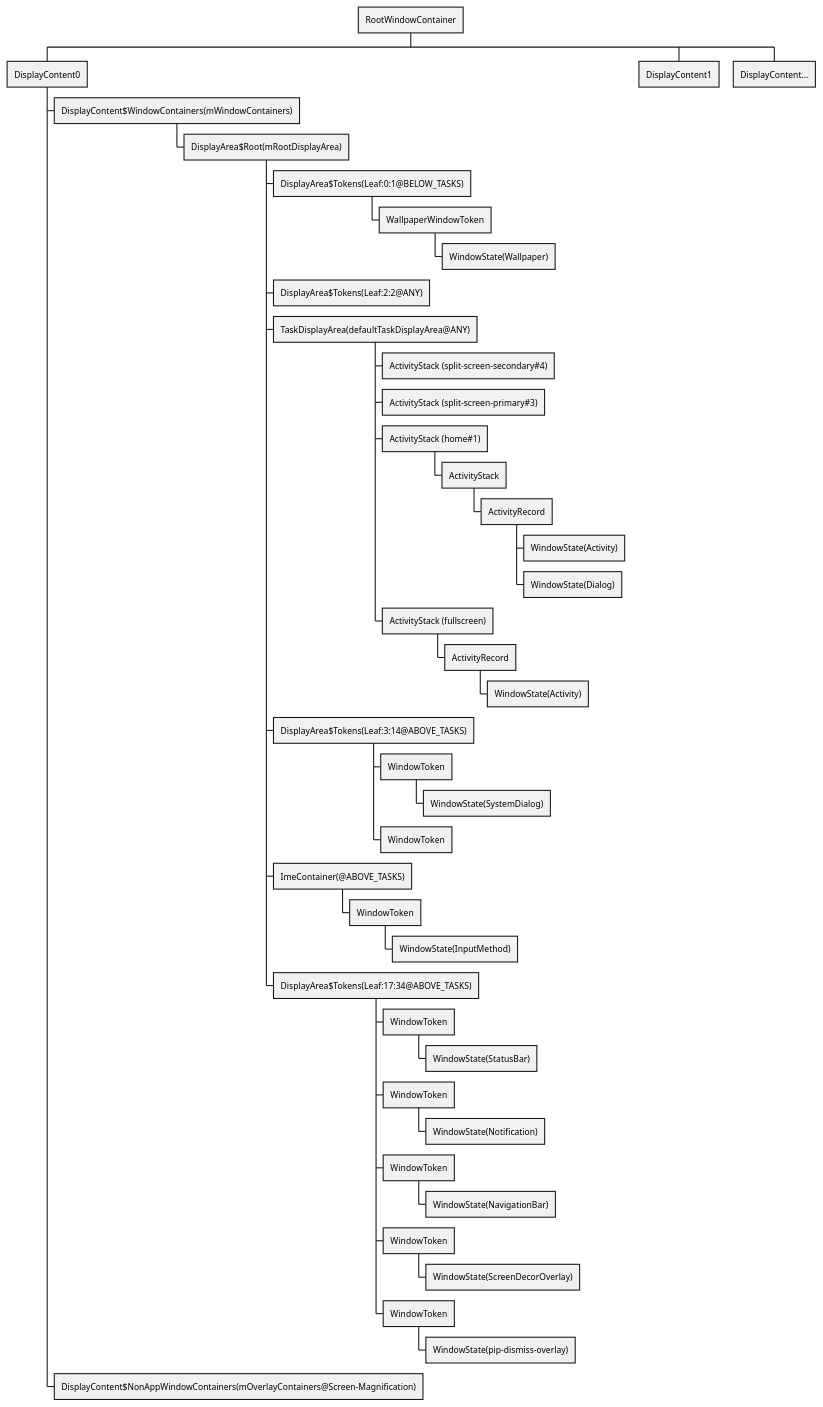
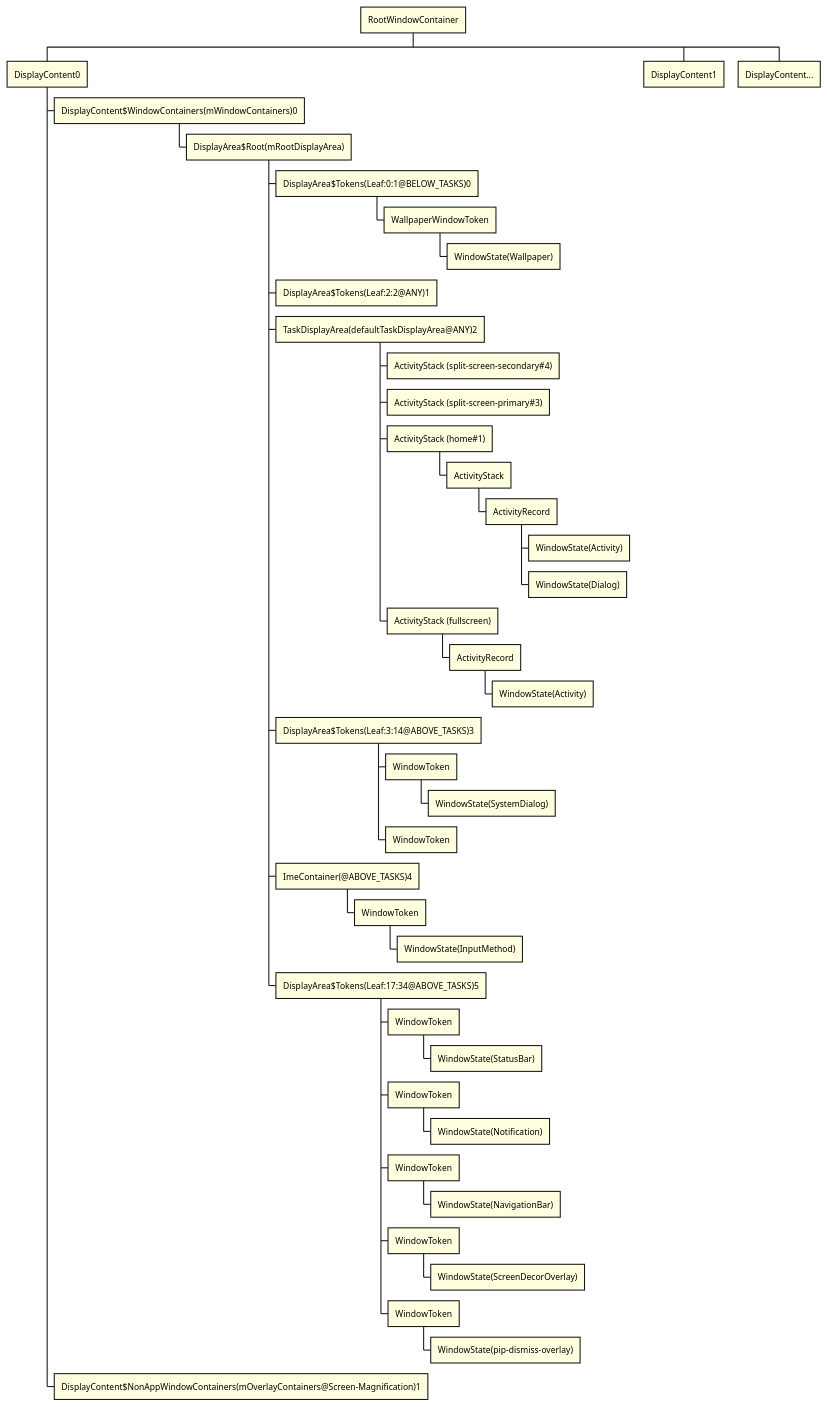
The diagram in android11/displaycontainer/RootWindowContainer.puml (javalive09/UML), drawn with PlantUML before and after one commit. The commit also changed 17 other files, not shown here.

Commit message:
update android11 uml

```diff
--- a/android11/displaycontainer/RootWindowContainer.puml
+++ b/android11/displaycontainer/RootWindowContainer.puml
@@ -1,49 +1,55 @@
 @startwbs
 'https://plantuml.com/wbs-diagram
-
+<style>
+wbsDiagram {
+  node {
+      BackgroundColor LightYellow
+  }
+}
+</style>
 * RootWindowContainer
 ** DisplayContent0
 
-*** DisplayContent$WindowContainers(mWindowContainers)
+*** DisplayContent$WindowContainers(mWindowContainers)0
 **** DisplayArea$Root(mRootDisplayArea)
-***** DisplayArea$Tokens(Leaf:0:1@BELOW_TASKS)
+***** DisplayArea$Tokens(Leaf:0:1@BELOW_TASKS)0
 ****** WallpaperWindowToken
 ******* WindowState(Wallpaper)
-***** DisplayArea$Tokens(Leaf:2:2@ANY)
-***** TaskDisplayArea(defaultTaskDisplayArea@ANY)
+***** DisplayArea$Tokens(Leaf:2:2@ANY)1
+***** TaskDisplayArea(defaultTaskDisplayArea@ANY)2
 ****** ActivityStack (split-screen-secondary#4)
 ****** ActivityStack (split-screen-primary#3)
 ****** ActivityStack (home#1)
 ******* ActivityStack
 ******** ActivityRecord
 ********* WindowState(Activity)
 ********* WindowState(Dialog)
 ****** ActivityStack (fullscreen)
 ******* ActivityRecord
 ******** WindowState(Activity)
-***** DisplayArea$Tokens(Leaf:3:14@ABOVE_TASKS)
+***** DisplayArea$Tokens(Leaf:3:14@ABOVE_TASKS)3
 ****** WindowToken
 ******* WindowState(SystemDialog)
 ****** WindowToken
-***** ImeContainer(@ABOVE_TASKS)
+***** ImeContainer(@ABOVE_TASKS)4
 ****** WindowToken
 ******* WindowState(InputMethod)
-***** DisplayArea$Tokens(Leaf:17:34@ABOVE_TASKS)
+***** DisplayArea$Tokens(Leaf:17:34@ABOVE_TASKS)5
 ****** WindowToken
 ******* WindowState(StatusBar)
 ****** WindowToken
 ******* WindowState(Notification)
 ****** WindowToken
 ******* WindowState(NavigationBar)
 ****** WindowToken
 ******* WindowState(ScreenDecorOverlay)
 ****** WindowToken
 ******* WindowState(pip-dismiss-overlay)
 
 
-*** DisplayContent$NonAppWindowContainers(mOverlayContainers@Screen-Magnification)
+*** DisplayContent$NonAppWindowContainers(mOverlayContainers@Screen-Magnification)1
 
 ** DisplayContent1
 
 ** DisplayContent...
 @endwbs
```
